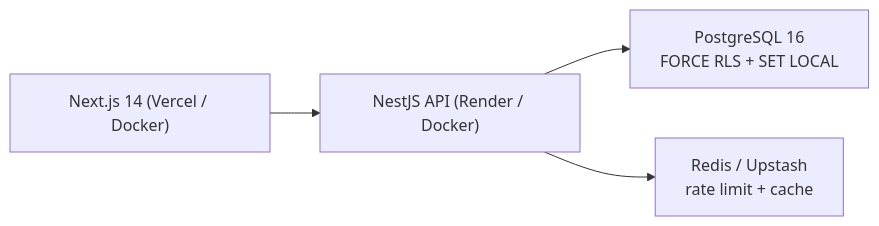
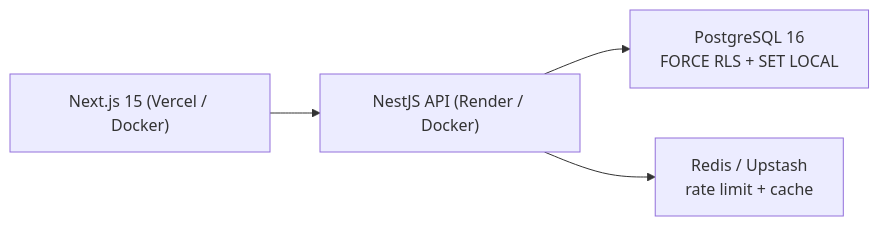
One commit to whoyoshome/booking-saas changed the diagram in README.md. Above: the diagram before and after it, drawn with Mermaid. The commit also changed other lines of this file and 5 other files, not shown here.

````diff
--- a/README.md
+++ b/README.md
@@ -61,6 +61,6 @@
 ```mermaid
 flowchart LR
-  Browser["Next.js 14 (Vercel / Docker)"] --> API["NestJS API (Render / Docker)"]
+  Browser["Next.js 15 (Vercel / Docker)"] --> API["NestJS API (Render / Docker)"]
   API --> PG["PostgreSQL 16\nFORCE RLS + SET LOCAL"]
   API --> Redis["Redis / Upstash\nrate limit + cache"]
 ```
````
